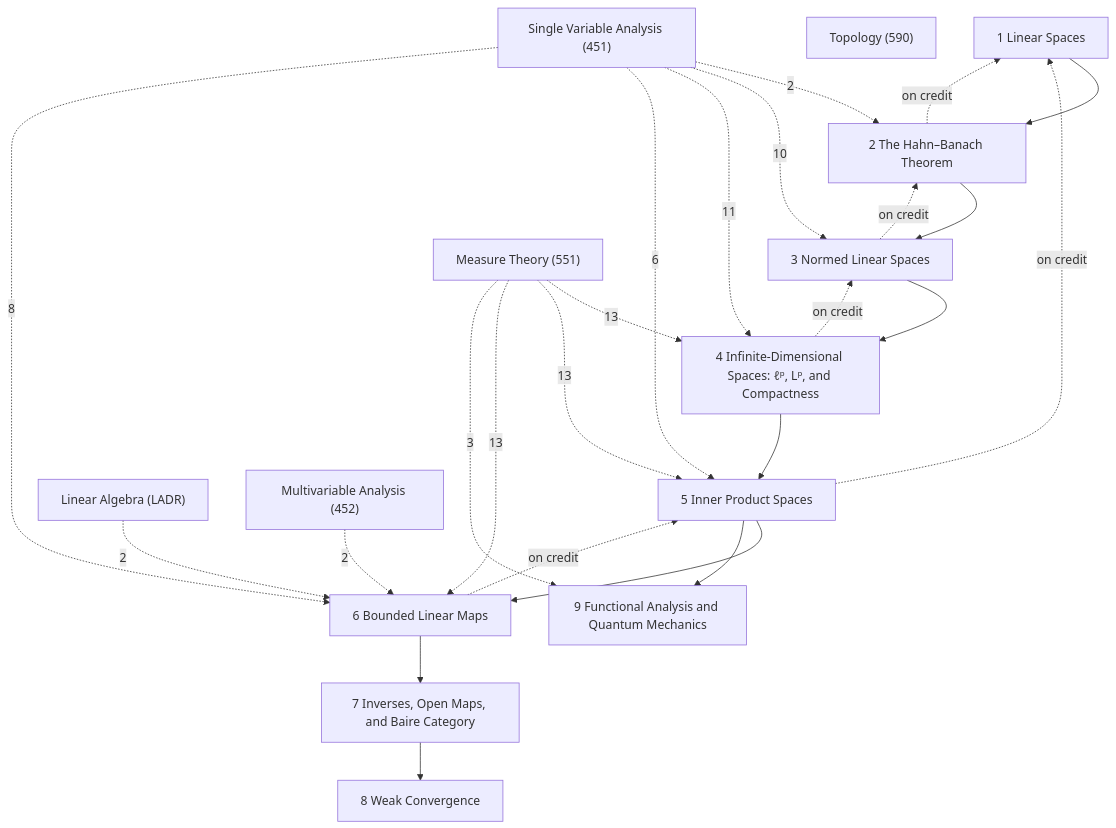
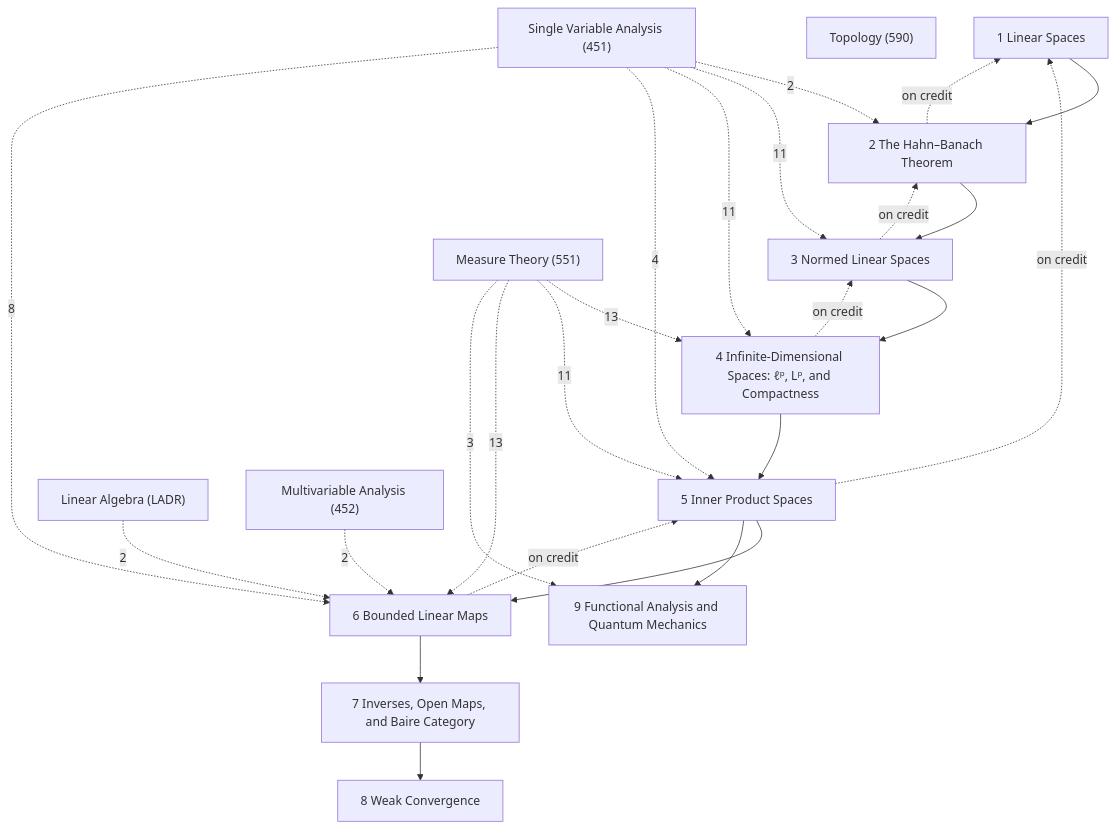
The diagram in Math/Functional Analysis/Functional Analysis.md (Onion20040508/notes), drawn with Mermaid before and after one commit. The commit also changed other lines of this file and 181 other files, not shown here.

````diff
--- a/Math/Functional Analysis/Functional Analysis.md
+++ b/Math/Functional Analysis/Functional Analysis.md
@@ -33,41 +33,41 @@
 ```mermaid
 graph TD
   C1["1 Linear Spaces"]
   C2["2 The Hahn–Banach Theorem"]
   C3["3 Normed Linear Spaces"]
   C4["4 Infinite-Dimensional Spaces: ℓᵖ, Lᵖ, and Compactness"]
   C5["5 Inner Product Spaces"]
   C6["6 Bounded Linear Maps"]
   C7["7 Inverses, Open Maps, and Baire Category"]
   C8["8 Weak Convergence"]
   C9["9 Functional Analysis and Quantum Mechanics"]
   X1["Linear Algebra (LADR)"]
   X2["Measure Theory (551)"]
   X3["Topology (590)"]
   X4["Single Variable Analysis (451)"]
   X5["Multivariable Analysis (452)"]
   C1 --> C2
   C2 --> C3
   C3 --> C4
   C4 --> C5
   C5 --> C6
   C5 --> C9
   C6 --> C7
   C7 --> C8
   C2 -.->|on credit| C1
   C3 -.->|on credit| C2
   C4 -.->|on credit| C3
   C5 -.->|on credit| C1
   C6 -.->|on credit| C5
   X1 -.->|2| C6
   X2 -.->|13| C4
-  X2 -.->|13| C5
+  X2 -.->|11| C5
   X2 -.->|13| C6
   X2 -.->|3| C9
   X5 -.->|2| C6
   X4 -.->|2| C2
-  X4 -.->|10| C3
+  X4 -.->|11| C3
   X4 -.->|11| C4
-  X4 -.->|6| C5
+  X4 -.->|4| C5
   X4 -.->|8| C6
 ```
````
